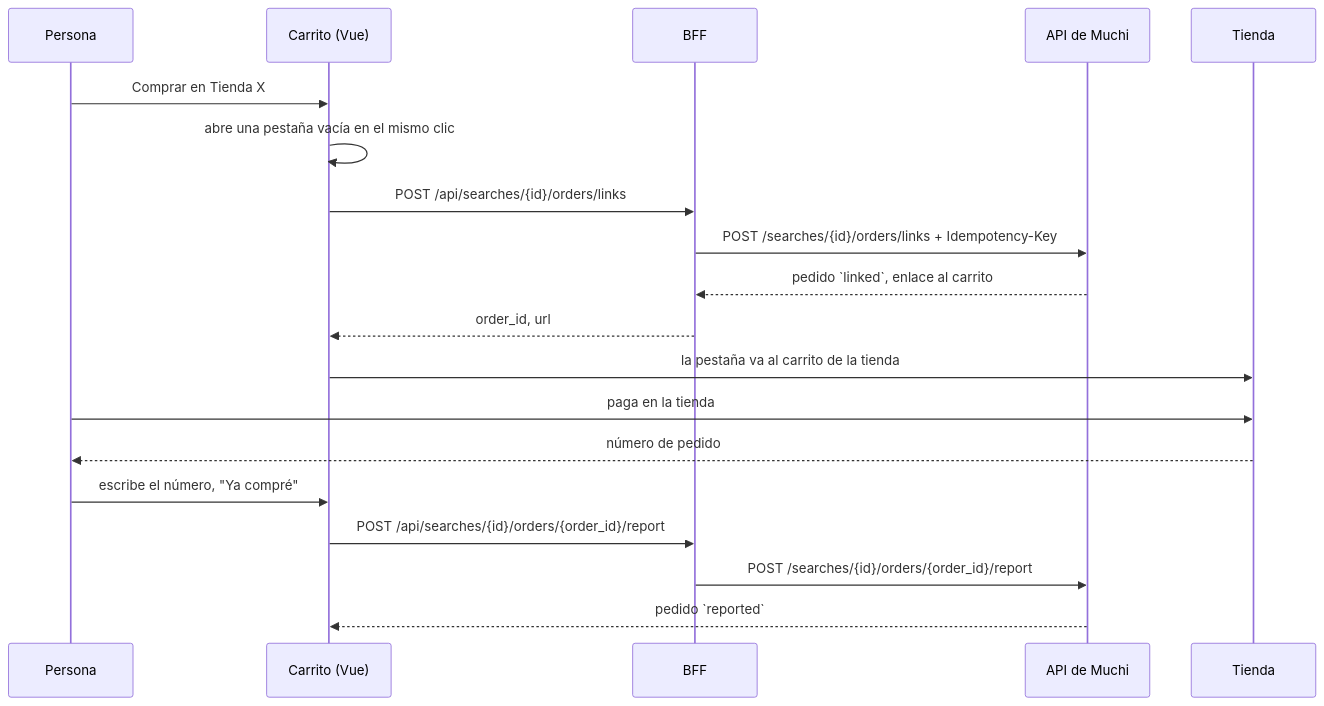
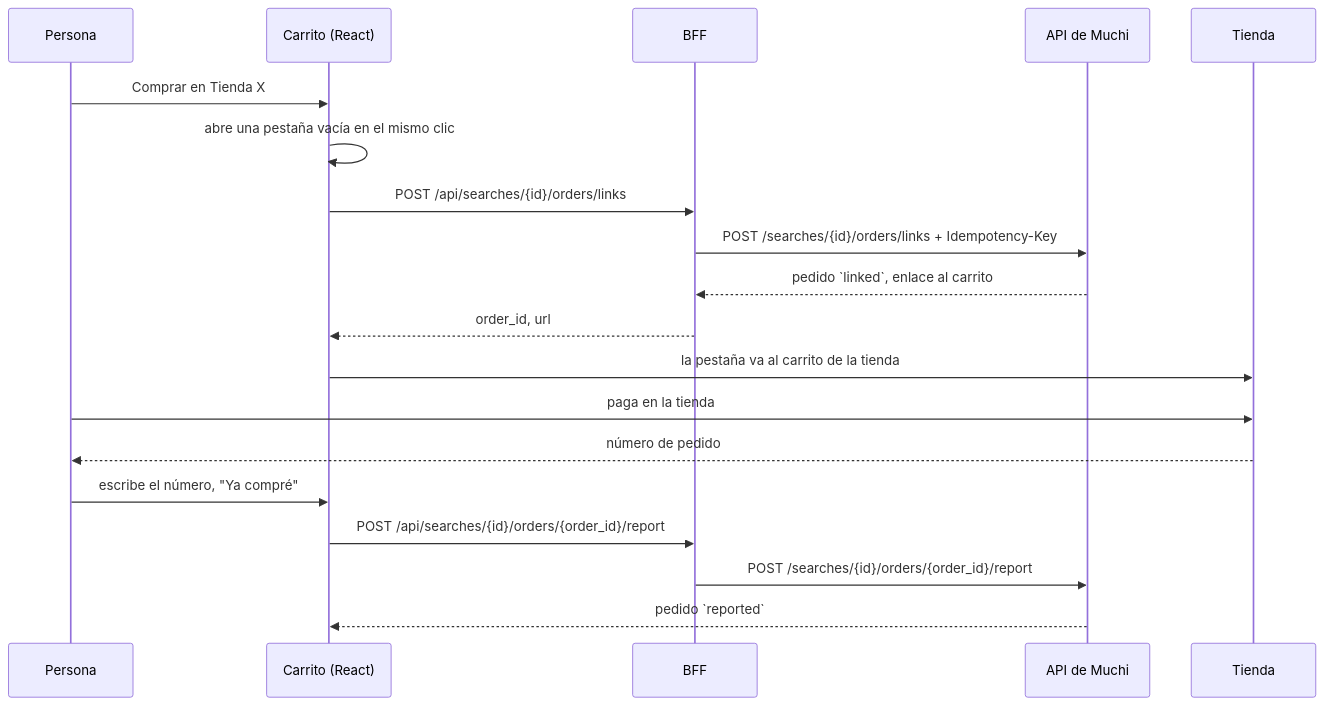
The first of 2 diagrams in docs/reported-purchases.es.md (metaliaw/muchi), drawn with Mermaid before and after one commit. The commit also changed other lines of this file and 118 other files, not shown here.

First line of the commit message:
Replace the Vue frontend with React

````diff
--- a/docs/reported-purchases.es.md
+++ b/docs/reported-purchases.es.md
@@ -23,22 +23,22 @@
 ```mermaid
 sequenceDiagram
     participant P as Persona
-    participant W as Carrito (Vue)
+    participant W as Carrito (React)
     participant B as BFF
     participant A as API de Muchi
     participant S as Tienda
 
     P->>W: Comprar en Tienda X
     W->>W: abre una pestaña vacía en el mismo clic
     W->>B: POST /api/searches/{id}/orders/links
     B->>A: POST /searches/{id}/orders/links + Idempotency-Key
     A-->>B: pedido `linked`, enlace al carrito
     B-->>W: order_id, url
     W->>S: la pestaña va al carrito de la tienda
     P->>S: paga en la tienda
     S-->>P: número de pedido
     P->>W: escribe el número, "Ya compré"
     W->>B: POST /api/searches/{id}/orders/{order_id}/report
     B->>A: POST /searches/{id}/orders/{order_id}/report
     A-->>W: pedido `reported`
 ```
````
